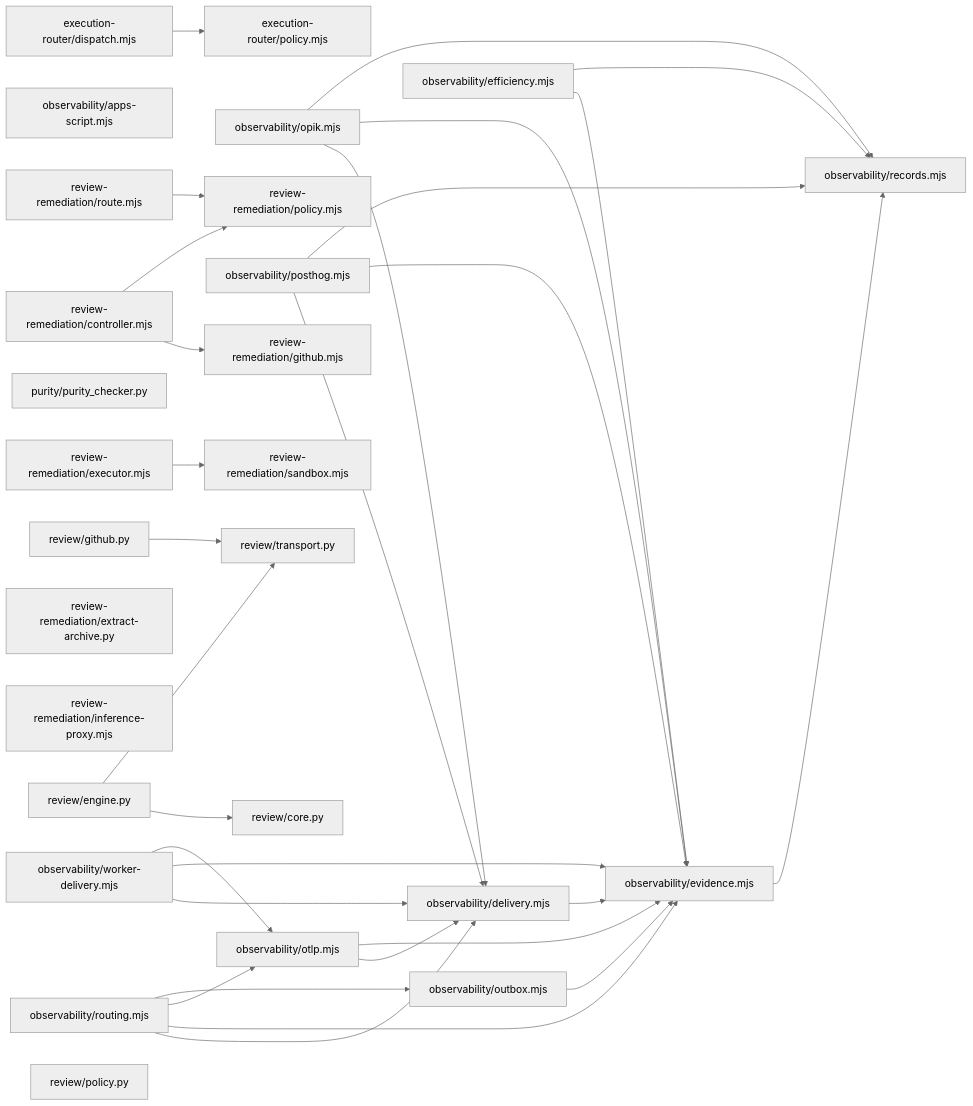
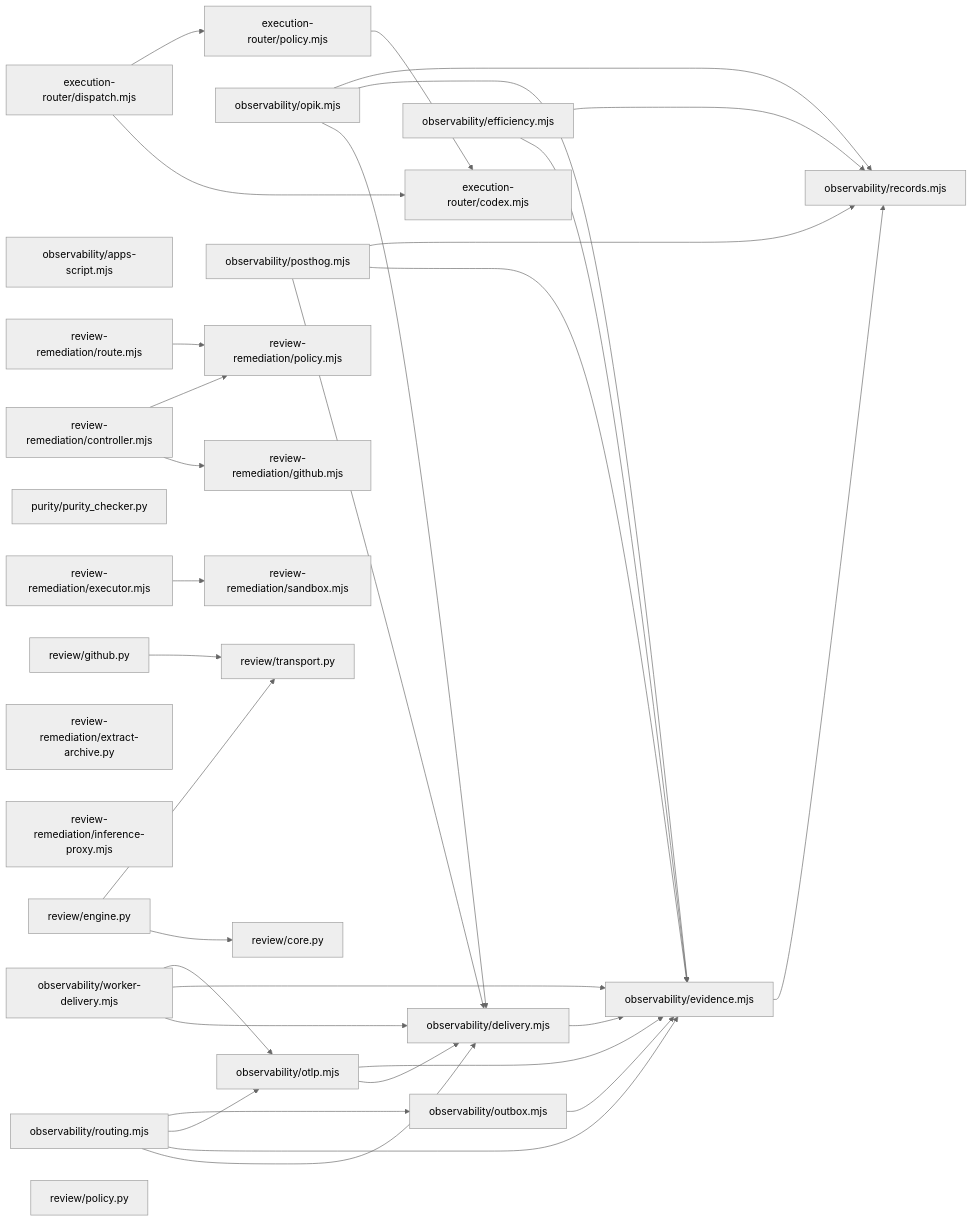
The second of 2 diagrams in docs/generated/runtime-map.md (arbitraged-life/agent-platform), drawn with Mermaid (neutral theme) before and after one commit. The commit also changed other lines of this file and 17 other files, not shown here.

````diff
--- a/docs/generated/runtime-map.md
+++ b/docs/generated/runtime-map.md
@@ -34,58 +34,61 @@
 ```mermaid
 flowchart LR
+    n79914d47db7a["execution-router/codex.mjs"]
     nc6119b3e11ec["execution-router/dispatch.mjs"]
     n7d83f63c67ca["execution-router/policy.mjs"]
     ne6f1fc7d5ee6["observability/apps-script.mjs"]
     n6d7798d3734d["observability/delivery.mjs"]
     n9f2a6560098a["observability/efficiency.mjs"]
     n0de2f3f4ce1a["observability/evidence.mjs"]
     n4d8b77f09fbd["observability/opik.mjs"]
     nd4a41462a65e["observability/otlp.mjs"]
     ne68346c600cb["observability/outbox.mjs"]
     n2e277b9cdbe2["observability/posthog.mjs"]
     naf8e142b8748["observability/records.mjs"]
     n7bb1ccf57095["observability/routing.mjs"]
     ncd828bd82cd9["observability/worker-delivery.mjs"]
     n2c96340cda5e["purity/purity_checker.py"]
     n1dd1d7c7d1fc["review-remediation/controller.mjs"]
     ndc2ef34d7308["review-remediation/executor.mjs"]
     nc69330eaac30["review-remediation/extract-archive.py"]
     nd1f7354a8562["review-remediation/github.mjs"]
     n8308efa8c6f0["review-remediation/inference-proxy.mjs"]
     n1c84274e6b0d["review-remediation/policy.mjs"]
     n5e86f97aa95c["review-remediation/route.mjs"]
     n7b23a7f6c181["review-remediation/sandbox.mjs"]
     n24375535721f["review/core.py"]
     n1efe283c0030["review/engine.py"]
     nbda559628a9a["review/github.py"]
     nf4725de15231["review/policy.py"]
     n70562998125a["review/transport.py"]
+    nc6119b3e11ec --> n79914d47db7a
     nc6119b3e11ec --> n7d83f63c67ca
+    n7d83f63c67ca --> n79914d47db7a
     n6d7798d3734d --> n0de2f3f4ce1a
     n9f2a6560098a --> n0de2f3f4ce1a
     n9f2a6560098a --> naf8e142b8748
     n0de2f3f4ce1a --> naf8e142b8748
     n4d8b77f09fbd --> n6d7798d3734d
     n4d8b77f09fbd --> n0de2f3f4ce1a
     n4d8b77f09fbd --> naf8e142b8748
     nd4a41462a65e --> n6d7798d3734d
     nd4a41462a65e --> n0de2f3f4ce1a
     ne68346c600cb --> n0de2f3f4ce1a
     n2e277b9cdbe2 --> n6d7798d3734d
     n2e277b9cdbe2 --> n0de2f3f4ce1a
     n2e277b9cdbe2 --> naf8e142b8748
     n7bb1ccf57095 --> n6d7798d3734d
     n7bb1ccf57095 --> n0de2f3f4ce1a
     n7bb1ccf57095 --> nd4a41462a65e
     n7bb1ccf57095 --> ne68346c600cb
     ncd828bd82cd9 --> n6d7798d3734d
     ncd828bd82cd9 --> n0de2f3f4ce1a
     ncd828bd82cd9 --> nd4a41462a65e
     n1dd1d7c7d1fc --> nd1f7354a8562
     n1dd1d7c7d1fc --> n1c84274e6b0d
     ndc2ef34d7308 --> n7b23a7f6c181
     n5e86f97aa95c --> n1c84274e6b0d
     n1efe283c0030 --> n24375535721f
     n1efe283c0030 --> n70562998125a
     nbda559628a9a --> n70562998125a
 ```
````
